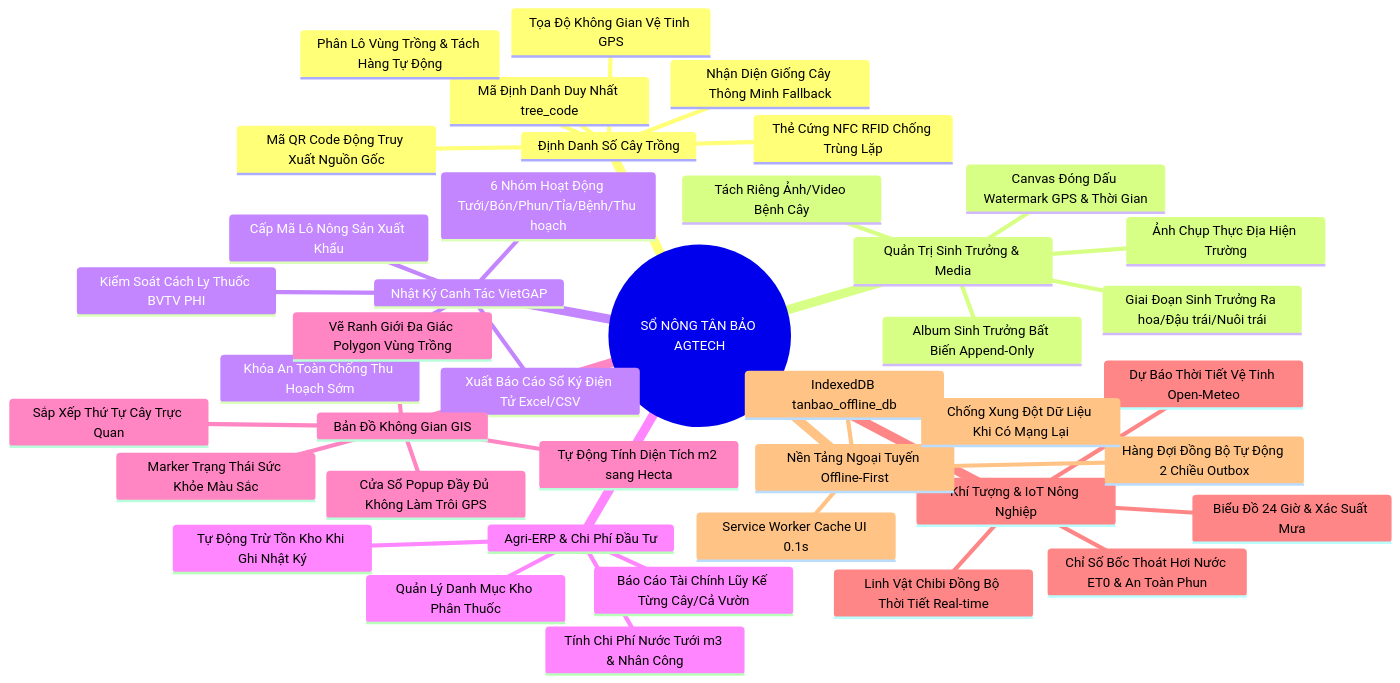
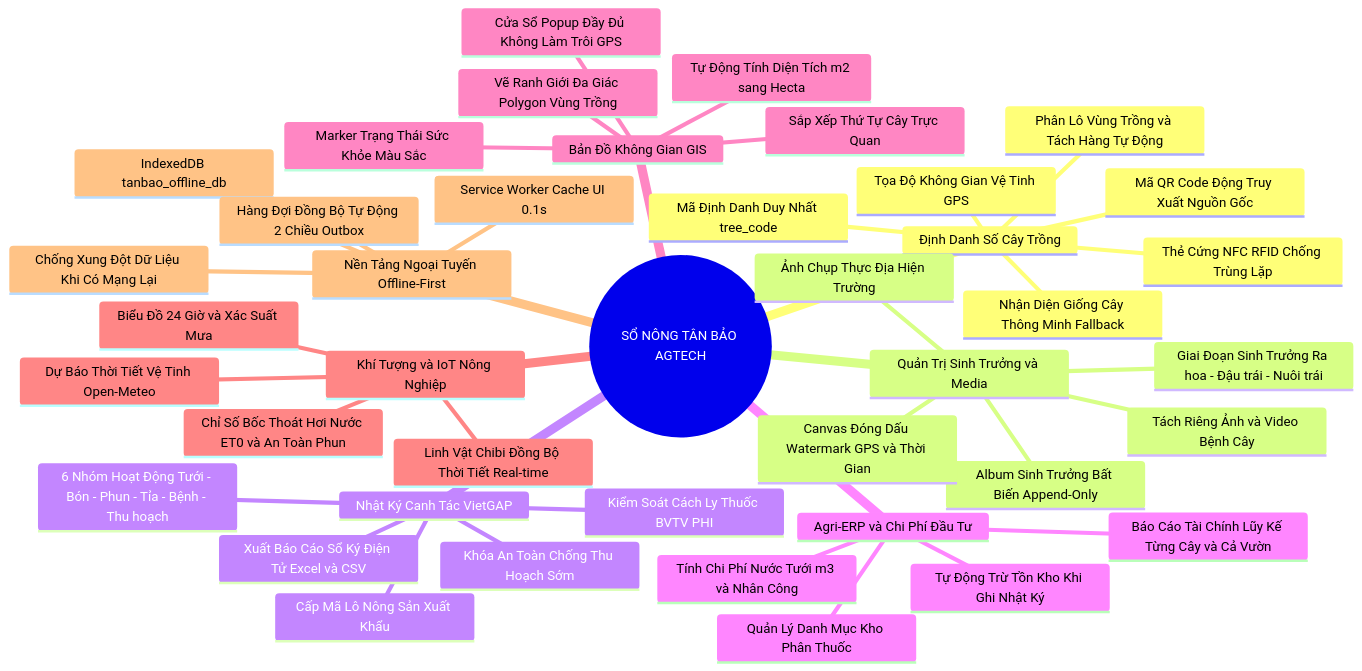
The first of 16 diagrams in README.md (Phuc0901-pp/plant-book), drawn with Mermaid before and after one commit. The commit also changed other lines of this file, not shown here.

Commit message:
docs: resolve mermaid parse errors and update enterprise system documentation

````diff
--- a/README.md
+++ b/README.md
@@ -66,44 +66,44 @@
 ```mermaid
 mindmap
   root((SỔ NÔNG TÂN BẢO AGTECH))
     Định Danh Số Cây Trồng
       Mã Định Danh Duy Nhất tree_code
       Tọa Độ Không Gian Vệ Tinh GPS
-      Phân Lô Vùng Trồng & Tách Hàng Tự Động
+      Phân Lô Vùng Trồng và Tách Hàng Tự Động
       Thẻ Cứng NFC RFID Chống Trùng Lặp
       Mã QR Code Động Truy Xuất Nguồn Gốc
       Nhận Diện Giống Cây Thông Minh Fallback
-    Quản Trị Sinh Trưởng & Media
+    Quản Trị Sinh Trưởng và Media
       Album Sinh Trưởng Bất Biến Append-Only
       Ảnh Chụp Thực Địa Hiện Trường
-      Giai Đoạn Sinh Trưởng Ra hoa/Đậu trái/Nuôi trái
-      Tách Riêng Ảnh/Video Bệnh Cây
-      Canvas Đóng Dấu Watermark GPS & Thời Gian
+      Giai Đoạn Sinh Trưởng Ra hoa - Đậu trái - Nuôi trái
+      Tách Riêng Ảnh và Video Bệnh Cây
+      Canvas Đóng Dấu Watermark GPS và Thời Gian
     Nhật Ký Canh Tác VietGAP
-      6 Nhóm Hoạt Động Tưới/Bón/Phun/Tỉa/Bệnh/Thu hoạch
+      6 Nhóm Hoạt Động Tưới - Bón - Phun - Tỉa - Bệnh - Thu hoạch
       Kiểm Soát Cách Ly Thuốc BVTV PHI
       Khóa An Toàn Chống Thu Hoạch Sớm
       Cấp Mã Lô Nông Sản Xuất Khẩu
-      Xuất Báo Cáo Sổ Ký Điện Tử Excel/CSV
-    Agri-ERP & Chi Phí Đầu Tư
+      Xuất Báo Cáo Sổ Ký Điện Tử Excel và CSV
+    Agri-ERP và Chi Phí Đầu Tư
       Quản Lý Danh Mục Kho Phân Thuốc
       Tự Động Trừ Tồn Kho Khi Ghi Nhật Ký
-      Tính Chi Phí Nước Tưới m3 & Nhân Công
-      Báo Cáo Tài Chính Lũy Kế Từng Cây/Cả Vườn
+      Tính Chi Phí Nước Tưới m3 và Nhân Công
+      Báo Cáo Tài Chính Lũy Kế Từng Cây và Cả Vườn
     Bản Đồ Không Gian GIS
       Vẽ Ranh Giới Đa Giác Polygon Vùng Trồng
       Tự Động Tính Diện Tích m2 sang Hecta
       Marker Trạng Thái Sức Khỏe Màu Sắc
       Cửa Sổ Popup Đầy Đủ Không Làm Trôi GPS
       Sắp Xếp Thứ Tự Cây Trực Quan
-    Khí Tượng & IoT Nông Nghiệp
+    Khí Tượng và IoT Nông Nghiệp
       Dự Báo Thời Tiết Vệ Tinh Open-Meteo
-      Biểu Đồ 24 Giờ & Xác Suất Mưa
-      Chỉ Số Bốc Thoát Hơi Nước ET0 & An Toàn Phun
+      Biểu Đồ 24 Giờ và Xác Suất Mưa
+      Chỉ Số Bốc Thoát Hơi Nước ET0 và An Toàn Phun
       Linh Vật Chibi Đồng Bộ Thời Tiết Real-time
     Nền Tảng Ngoại Tuyến Offline-First
       Service Worker Cache UI 0.1s
       IndexedDB tanbao_offline_db
       Hàng Đợi Đồng Bộ Tự Động 2 Chiều Outbox
       Chống Xung Đột Dữ Liệu Khi Có Mạng Lại
 ```
````
